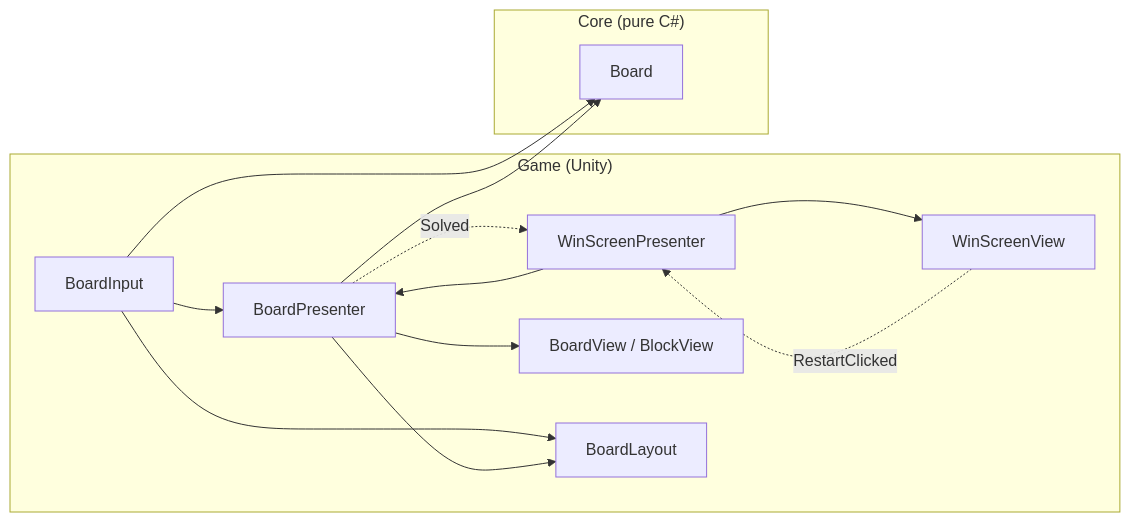
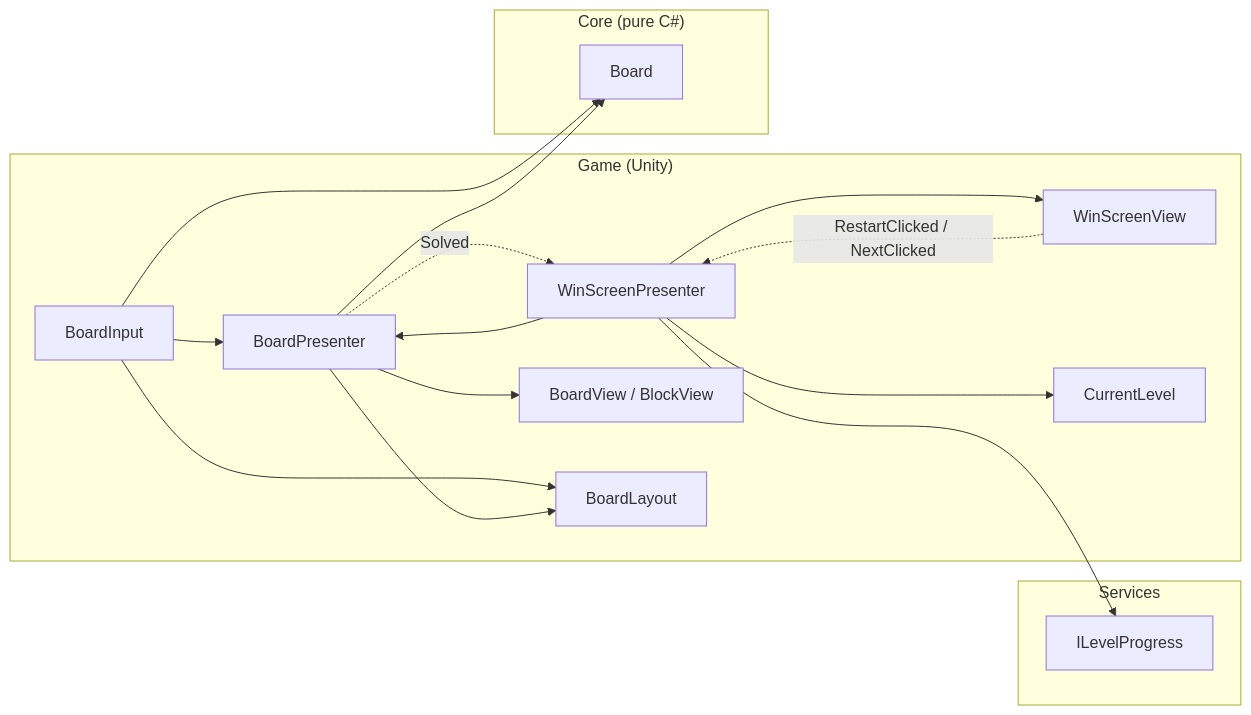
Before and after one commit to TomerBenSimhon/sliding-block-escape: the diagram in README.md, drawn with Mermaid. The commit also changed other lines of this file and 2 other files, not shown here.

First line of the commit message:
Update the README with GIFs, features, the solver and the level flow

````diff
--- a/README.md
+++ b/README.md
@@ -41,26 +82,33 @@
 ```mermaid
 flowchart LR
     subgraph Game["Game (Unity)"]
         Input[BoardInput]
         BoardPresenter
         WinPresenter[WinScreenPresenter]
         BoardViews[BoardView / BlockView]
         WinView[WinScreenView]
         Layout[BoardLayout]
+        CurrentLevel
     end
 
     subgraph Core["Core (pure C#)"]
         Board
+    end
+
+    subgraph Services["Services"]
+        Progress[ILevelProgress]
     end
 
     Input --> BoardPresenter
     Input --> Board
     Input --> Layout
     BoardPresenter --> Board
     BoardPresenter --> Layout
     BoardPresenter --> BoardViews
     WinPresenter --> WinView
     WinPresenter --> BoardPresenter
+    WinPresenter --> CurrentLevel
+    WinPresenter --> Progress
     BoardPresenter -. Solved .-> WinPresenter
-    WinView -. RestartClicked .-> WinPresenter
+    WinView -. RestartClicked / NextClicked .-> WinPresenter
 ```
````
